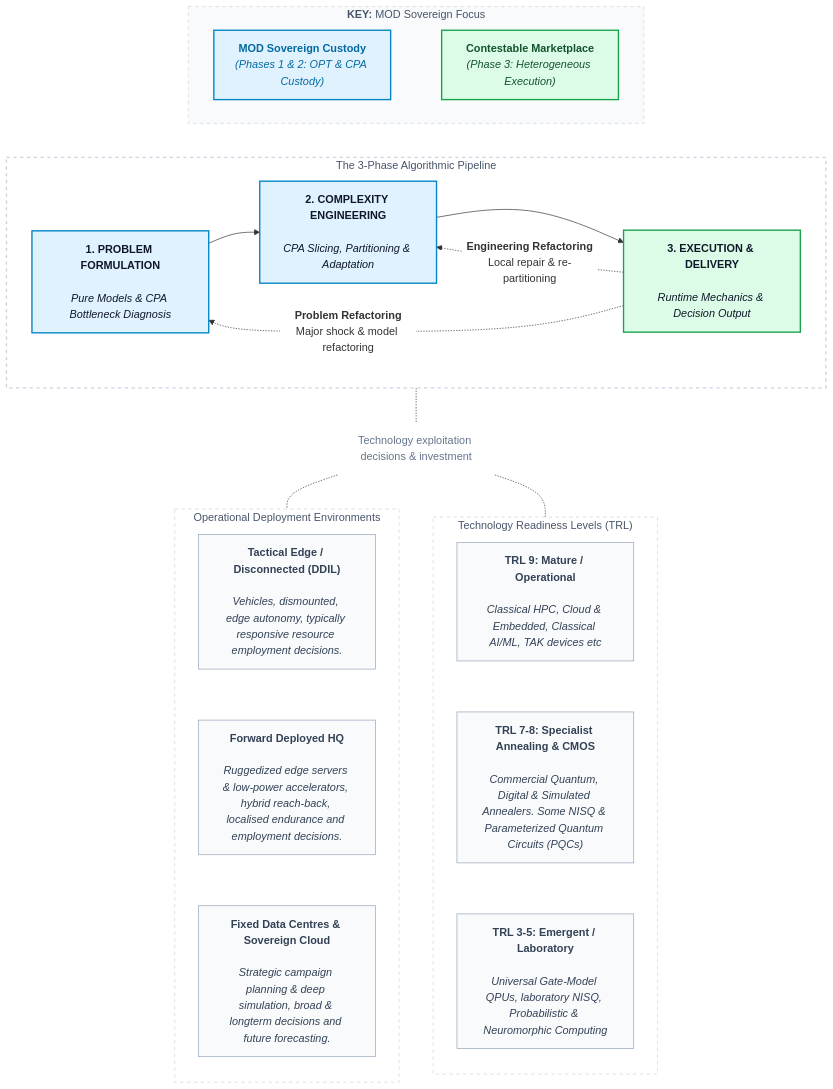
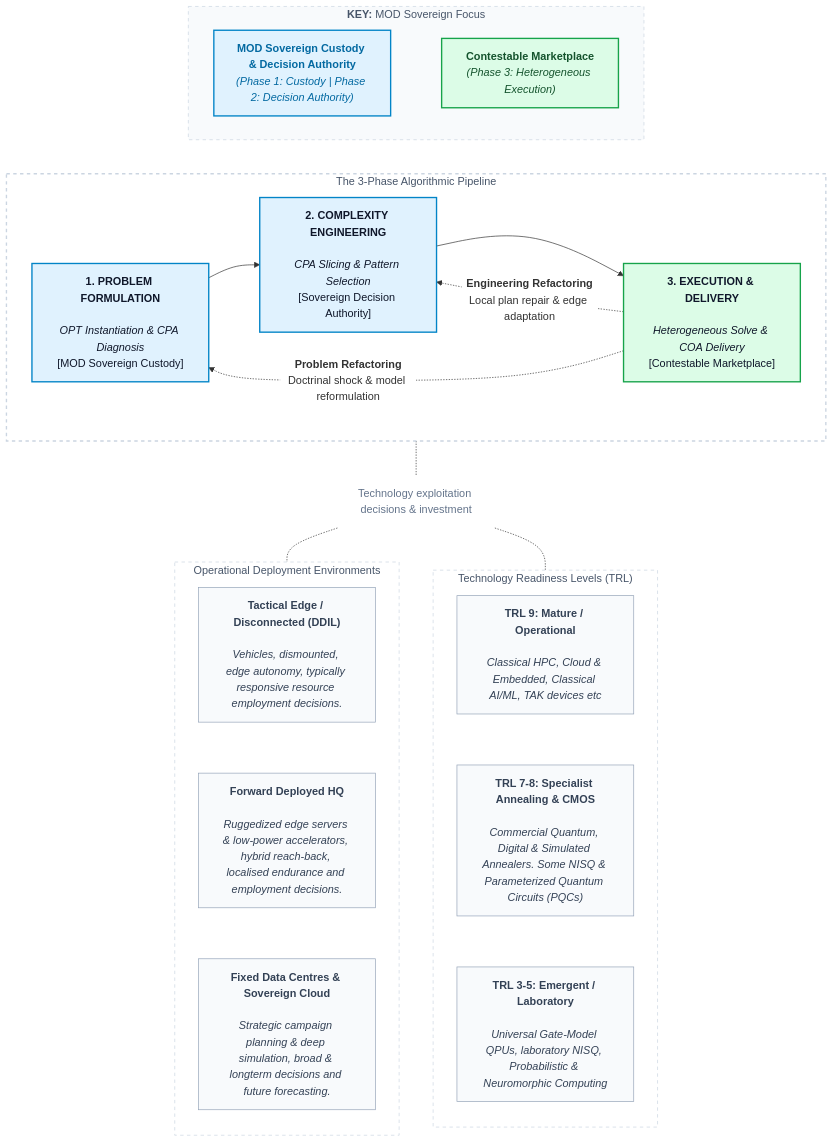
Before and after one commit to baddogdown/knowledge: the third of 6 diagrams in quantum/The_Emergent_Algorithmic_Bridge.md, drawn with Mermaid. The commit also changed other lines of this file, not shown here.

Commit message:
Updates to 3 phase algo bridge

````diff
--- a/quantum/The_Emergent_Algorithmic_Bridge.md
+++ b/quantum/The_Emergent_Algorithmic_Bridge.md
@@ -283,81 +323,81 @@
 ```mermaid
 %%{init: {'themeVariables': {'edgeLabelBackground': '#ffffff'}}}%%
 flowchart TB
 
     %% ==========================================
     %% TOP SECTION: KEY Above Pipeline for Full Width
     %% ==========================================
     subgraph KEY ["<b>KEY:</b> MOD Sovereign Focus"]
         direction LR
-        K1["<b>MOD Sovereign Custody</b><br/><i>(Phases 1 & 2: OPT & CPA Custody)</i>"]
+        K1["<b>MOD Sovereign Custody & Decision Authority</b><br/><i>(Phase 1: Custody | Phase 2: Decision Authority)</i>"]
         K2["<b>Contestable Marketplace</b><br/><i>(Phase 3: Heterogeneous Execution)</i>"]
         K1 ~~~ K2
     end
 
     %% ==========================================
     %% PIPELINE SECTION: Full-Width 3-Phase Pipeline
     %% ==========================================
     subgraph PHASES ["The 3-Phase Algorithmic Pipeline"]
         direction LR
-        P1["<b>1. PROBLEM FORMULATION</b><br/><br/><i>Pure Models & CPA Bottleneck Diagnosis</i>"] --> P2["<b>2. COMPLEXITY ENGINEERING</b><br/><br/><i>CPA Slicing, Partitioning & Adaptation</i>"] --> P3["<b>3. EXECUTION & DELIVERY</b><br/><br/><i>Runtime Mechanics & Decision Output</i>"]
+        P1["<b>1. PROBLEM FORMULATION</b><br/><br/><i>OPT Instantiation & CPA Diagnosis</i><br/>[MOD Sovereign Custody]"] --> P2["<b>2. COMPLEXITY ENGINEERING</b><br/><br/><i>CPA Slicing & Pattern Selection</i><br/>[Sovereign Decision Authority]"] --> P3["<b>3. EXECUTION & DELIVERY</b><br/><br/><i>Heterogeneous Solve & COA Delivery</i><br/>[Contestable Marketplace]"]
 
-        P3 -.->|"<b>Engineering Refactoring</b><br/>Local repair & re-partitioning"| P2
-        P3 -.->|"<b>Problem Refactoring</b><br/>Major shock & model refactoring"| P1
+        P3 -.->|"<b>Engineering Refactoring</b><br/>Local plan repair & edge adaptation"| P2
+        P3 -.->|"<b>Problem Refactoring</b><br/>Doctrinal shock & model reformulation"| P1
     end
 
     KEY ~~~ PHASES
 
     %% ==========================================
     %% MIDDLE SECTION: Divider 
     %% ==========================================
     DIVIDER["Technology exploitation decisions & investment"]
     PHASES -.- DIVIDER
 
     %% ==========================================
     %% BOTTOM SECTION: Side-by-Side Columns
     %% ==========================================
     subgraph TRL_AXIS ["Technology Readiness Levels (TRL)"]
         direction TB
         T1["<b>TRL 9: Mature / Operational</b><br/><br/><i>Classical HPC, Cloud & Embedded, Classical AI/ML, TAK devices etc</i>"]
         T2["<b>TRL 7-8: Specialist Annealing & CMOS</b><br/><br/><i>Commercial Quantum, Digital & Simulated Annealers. Some NISQ & Parameterized Quantum Circuits (PQCs)</i>"]
         T3["<b>TRL 3-5: Emergent / Laboratory</b><br/><br/><i>Universal Gate-Model QPUs, laboratory NISQ, Probabilistic & Neuromorphic Computing</i>"]
         T1 ~~~ T2 ~~~ T3
     end
 
     subgraph DEP_AXIS ["Operational Deployment Environments"]
         direction TB
         D1["<b>Tactical Edge / Disconnected (DDIL)</b><br/><br/><i>Vehicles, dismounted, edge autonomy, typically responsive resource employment decisions.</i>"]
         D2["<b>Forward Deployed HQ</b><br/><br/><i>Ruggedized edge servers & low-power accelerators, hybrid reach-back, localised endurance and employment decisions.</i>"]
         D3["<b>Fixed Data Centres & Sovereign Cloud</b><br/><br/><i>Strategic campaign planning & deep simulation, broad & longterm decisions and future forecasting.</i>"]
         D1 ~~~ D2 ~~~ D3
     end
 
     %% Fork to the top nodes to enforce side-by-side columns
     DIVIDER -.- T1
     DIVIDER -.- D1
 
     %% ==========================================
     %% STYLING
     %% ==========================================
     style KEY fill:#f8fafc,stroke:#cbd5e1,stroke-width:1px,stroke-dasharray: 5 5,color:#475569
     style K1 fill:#e0f2fe,stroke:#0284c7,stroke-width:2px,color:#0369a1
     style K2 fill:#dcfce7,stroke:#16a34a,stroke-width:2px,color:#14532d
 
     style PHASES fill:#ffffff,stroke:#cbd5e1,stroke-width:2px,stroke-dasharray: 5 5,color:#475569
     style P1 fill:#e0f2fe,stroke:#0284c7,stroke-width:2px,color:#0f172a
     style P2 fill:#e0f2fe,stroke:#0284c7,stroke-width:2px,color:#0f172a
     style P3 fill:#dcfce7,stroke:#16a34a,stroke-width:2px,color:#0f172a
 
     style DIVIDER fill:none,stroke:none,color:#64748b
 
     style TRL_AXIS fill:#ffffff,stroke:#cbd5e1,stroke-width:1px,stroke-dasharray: 5 5,color:#475569
     style DEP_AXIS fill:#ffffff,stroke:#cbd5e1,stroke-width:1px,stroke-dasharray: 5 5,color:#475569
 
     style T1 fill:#f8fafc,stroke:#94a3b8,stroke-width:1px,color:#334155
     style T2 fill:#f8fafc,stroke:#94a3b8,stroke-width:1px,color:#334155
     style T3 fill:#f8fafc,stroke:#94a3b8,stroke-width:1px,color:#334155
 
     style D1 fill:#f8fafc,stroke:#94a3b8,stroke-width:1px,color:#334155
     style D2 fill:#f8fafc,stroke:#94a3b8,stroke-width:1px,color:#334155
     style D3 fill:#f8fafc,stroke:#94a3b8,stroke-width:1px,color:#334155
 ```
````
